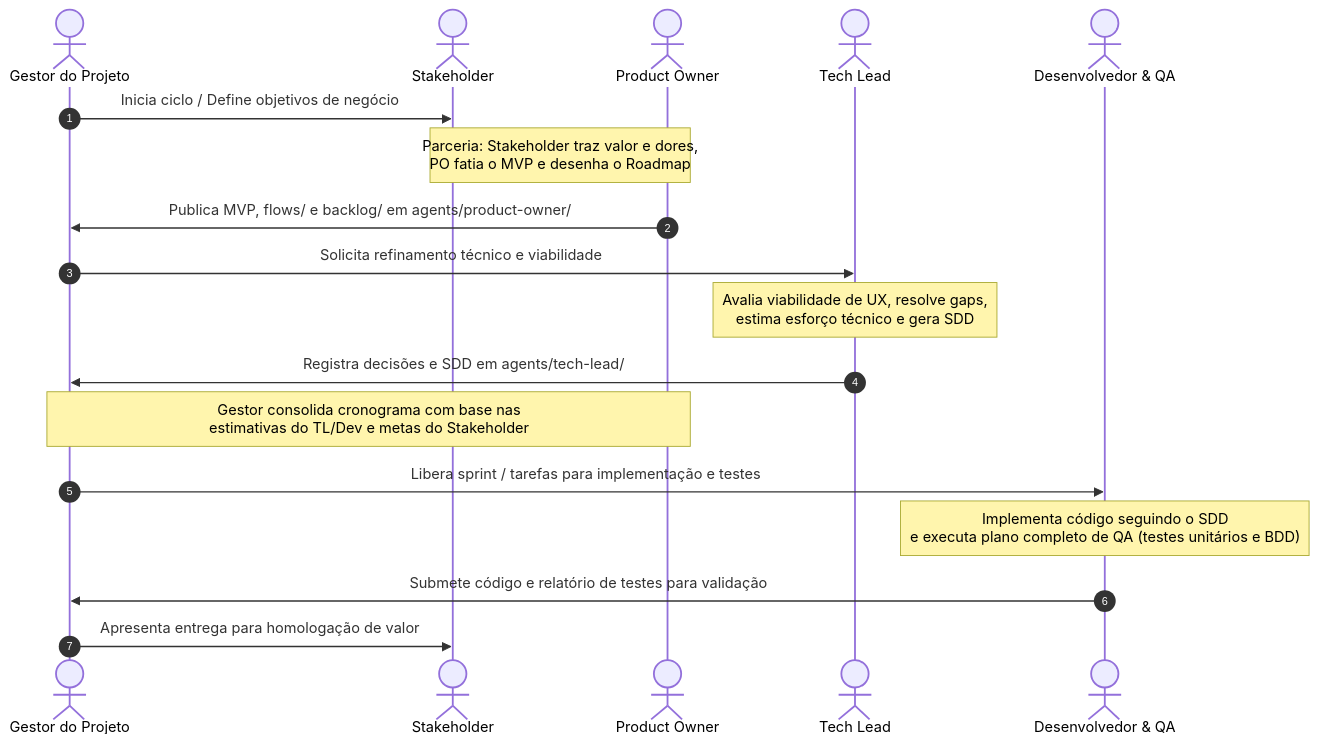
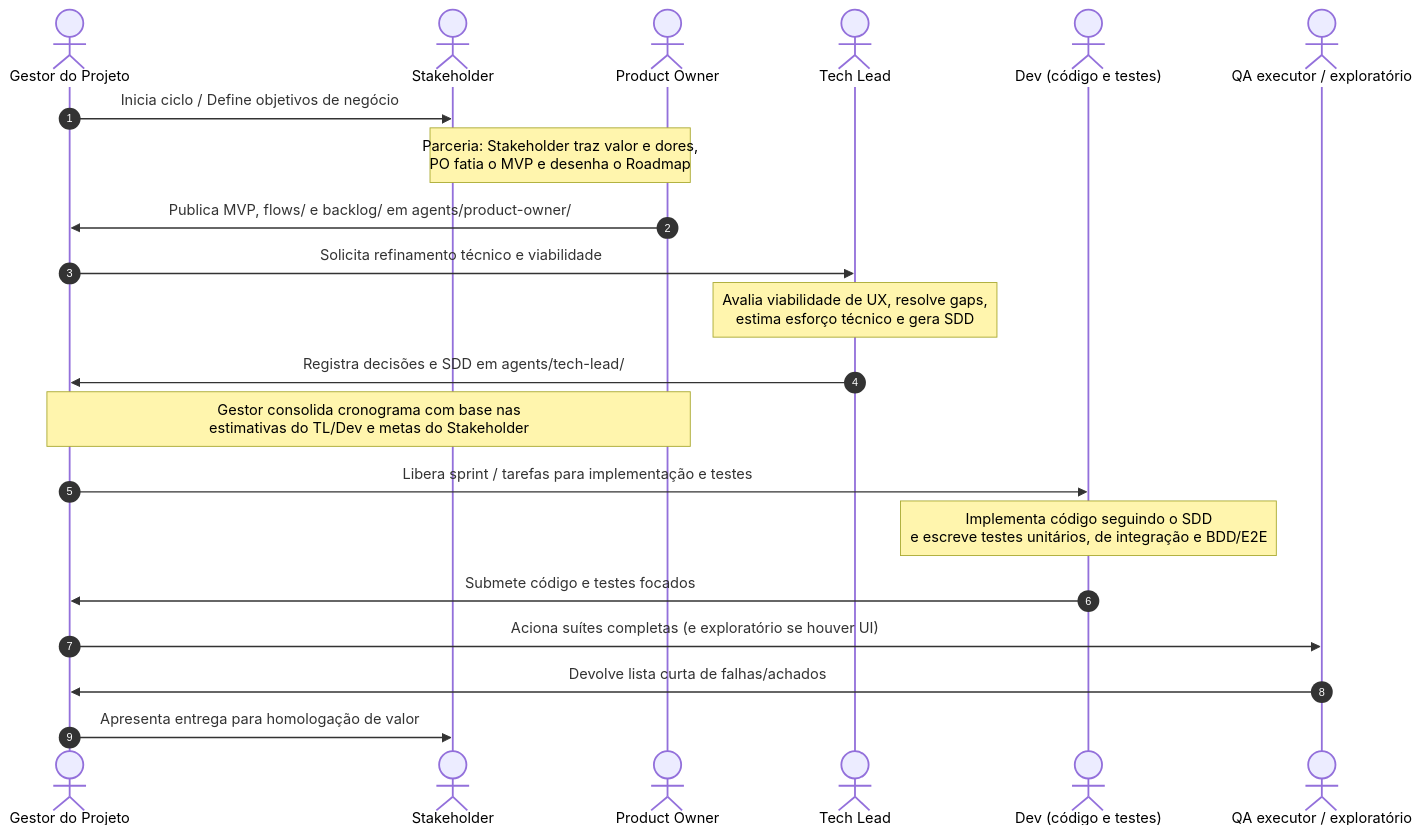
The diagram in AGENTS.md (arlandantas/finance-manager), drawn with Mermaid before and after one commit. The commit also changed other lines of this file and 4 other files, not shown here.

Commit message:
docs(agents): separa Dev, QA executor e QA exploratório

````diff
--- a/AGENTS.md
+++ b/AGENTS.md
@@ -45,21 +45,24 @@
 ```mermaid
 sequenceDiagram
     autonumber
     actor Gestor as Gestor do Projeto
     actor Stk as Stakeholder
     actor PO as Product Owner
     actor TL as Tech Lead
-    actor Dev as Desenvolvedor & QA
+    actor Dev as Dev (código e testes)
+    actor QA as QA executor / exploratório
 
     Gestor->>Stk: Inicia ciclo / Define objetivos de negócio
     Note over Stk,PO: Parceria: Stakeholder traz valor e dores,<br/>PO fatia o MVP e desenha o Roadmap
     PO->>Gestor: Publica MVP, flows/ e backlog/ em agents/product-owner/
     Gestor->>TL: Solicita refinamento técnico e viabilidade
     Note over TL: Avalia viabilidade de UX, resolve gaps,<br/>estima esforço técnico e gera SDD
     TL->>Gestor: Registra decisões e SDD em agents/tech-lead/
     Note over Gestor,PO: Gestor consolida cronograma com base nas<br/>estimativas do TL/Dev e metas do Stakeholder
     Gestor->>Dev: Libera sprint / tarefas para implementação e testes
-    Note over Dev: Implementa código seguindo o SDD<br/>e executa plano completo de QA (testes unitários e BDD)
-    Dev->>Gestor: Submete código e relatório de testes para validação
+    Note over Dev: Implementa código seguindo o SDD<br/>e escreve testes unitários, de integração e BDD/E2E
+    Dev->>Gestor: Submete código e testes focados
+    Gestor->>QA: Aciona suítes completas (e exploratório se houver UI)
+    QA->>Gestor: Devolve lista curta de falhas/achados
     Gestor->>Stk: Apresenta entrega para homologação de valor
 ```
````
